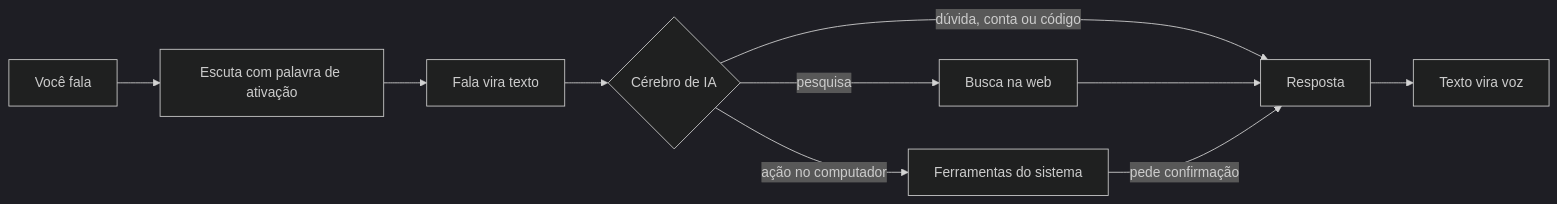
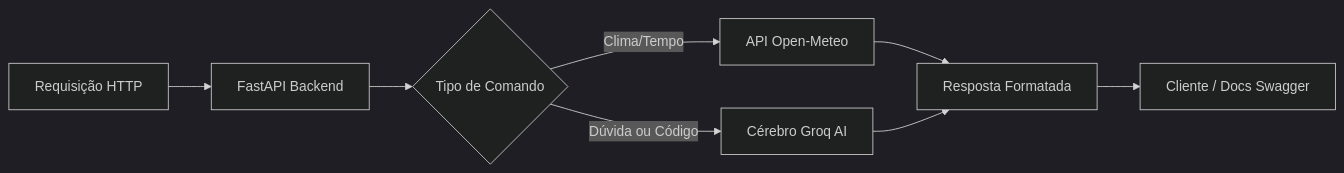
One commit to matheussaf/SEXTA-FEIRA changed the diagram in README.md. Above: the diagram before and after it, drawn with Mermaid (dark theme). The commit also changed other lines of this file, not shown here.

````diff
--- a/README.md
+++ b/README.md
@@ -53,12 +53,11 @@
 ```mermaid
 flowchart LR
-    A[ Você fala] --> B[Escuta com palavra de ativação]
-    B --> C[Fala vira texto]
-    C --> D{ Cérebro de IA}
-    D -->|dúvida, conta ou código| E[Resposta]
-    D -->|pesquisa| F[ Busca na web]
-    D -->|ação no computador| G[ Ferramentas do sistema]
-    F --> E
-    G -->|pede confirmação| E
-    E --> H[ Texto vira voz]
+    A[ Requisição HTTP] --> B[FastAPI Backend]
+    B --> C{Tipo de Comando}
+    C -->|Clima/Tempo| D[API Open-Meteo]
+    C -->|Dúvida ou Código| E[Cérebro Groq AI]
+    D --> F[Resposta Formatada]
+    E --> F
+    F --> G[Cliente / Docs Swagger]
+
 ```
````
